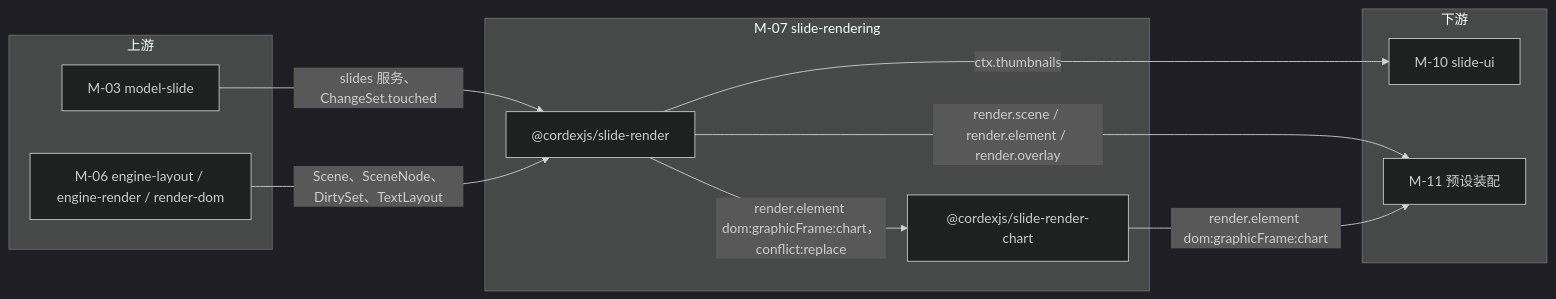
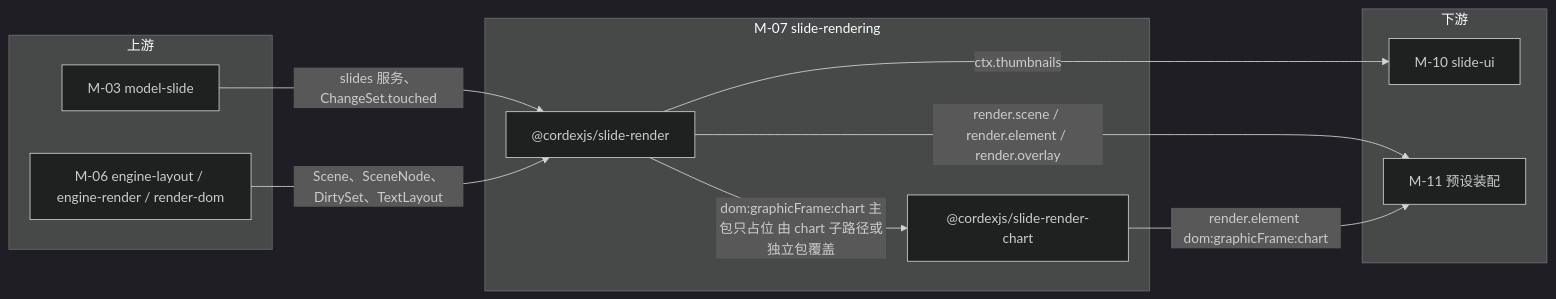
Before and after one commit to Xeonice/cordis-ppt-editor: the first of 10 diagrams in docs/40-modules/07-slide-rendering.md, drawn with Mermaid (dark theme). The commit also changed other lines of this file and 22 other files, not shown here.

First line of the commit message:
docs(modules): 新增架构图集 18/19，补图并按 §4.18 回写模块设计线

````diff
--- a/docs/40-modules/07-slide-rendering.md
+++ b/docs/40-modules/07-slide-rendering.md
@@ -25,21 +25,21 @@
 ```mermaid
 flowchart LR
 subgraph up["上游"]
   m03["M-03 model-slide"]
   m06["M-06 engine-layout / engine-render / render-dom"]
 end
 subgraph mod["M-07 slide-rendering"]
   pkgRender["@cordexjs/slide-render"]
   pkgChart["@cordexjs/slide-render-chart"]
 end
 subgraph down["下游"]
   m10["M-10 slide-ui"]
   m11["M-11 预设装配"]
 end
 m03 -- "slides 服务、ChangeSet.touched" --> pkgRender
 m06 -- "Scene、SceneNode、DirtySet、TextLayout" --> pkgRender
-pkgRender -- "render.element dom:graphicFrame:chart，conflict:replace" --> pkgChart
+pkgRender -- "dom:graphicFrame:chart 主包只占位 由 chart 子路径或独立包覆盖" --> pkgChart
 pkgRender -- "ctx.thumbnails" --> m10
 pkgRender -- "render.scene / render.element / render.overlay" --> m11
 pkgChart -- "render.element dom:graphicFrame:chart" --> m11
 ```
````
